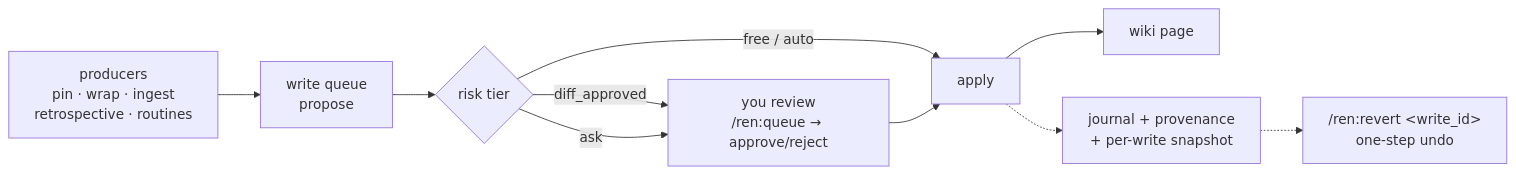
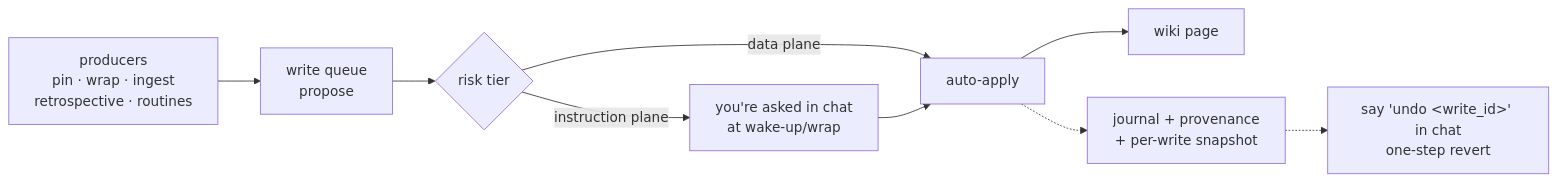
Before and after one commit to hazarsozer/ren-os: the diagram in README.md, drawn with Mermaid. The commit also changed other lines of this file and 13 other files, not shown here.

First line of the commit message:
feat!: remove queue/approve/reject/revert verbs — suggestions are conversational (v2.2)

````diff
--- a/README.md
+++ b/README.md
@@ -94,11 +94,10 @@
 ```mermaid
 flowchart LR
     P["producers<br/>pin · wrap · ingest<br/>retrospective · routines"] --> Q["write queue<br/>propose"]
     Q --> T{"risk tier"}
-    T -- free / auto --> A["apply"]
-    T -- diff_approved --> R["you review<br/>/ren:queue → approve/reject"] --> A
-    T -- ask --> R
+    T -- data plane --> A["auto-apply"]
+    T -- instruction plane --> R["you're asked in chat<br/>at wake-up/wrap"] --> A
     A --> W["wiki page"]
     A -.-> J["journal + provenance<br/>+ per-write snapshot"]
-    J -.-> V["/ren:revert &lt;write_id&gt;<br/>one-step undo"]
+    J -.-> V["say 'undo &lt;write_id&gt;' in chat<br/>one-step revert"]
 ```
````
